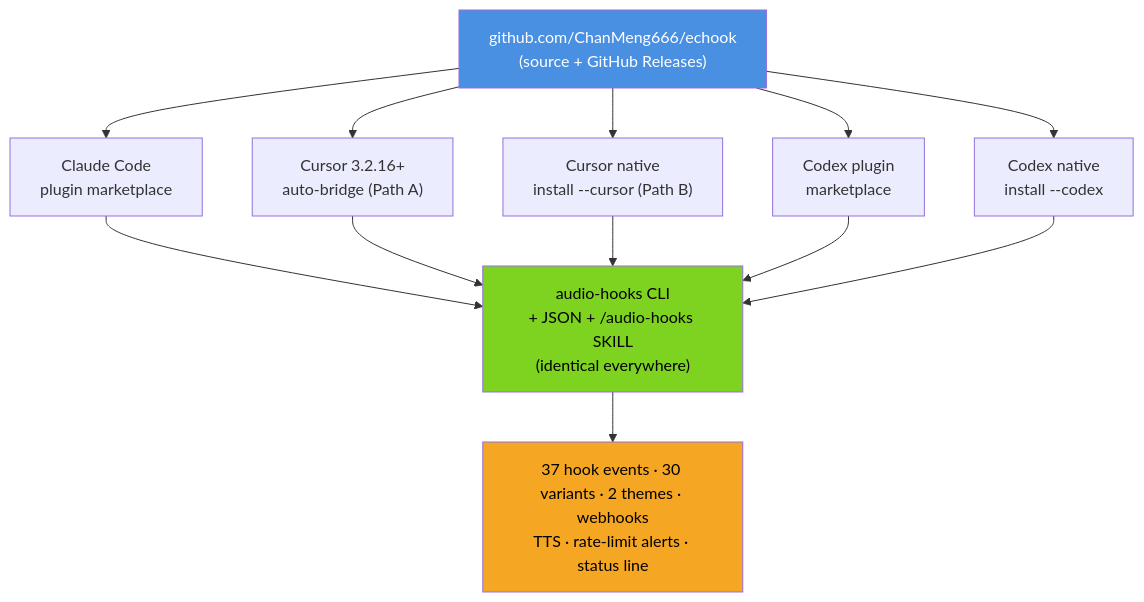
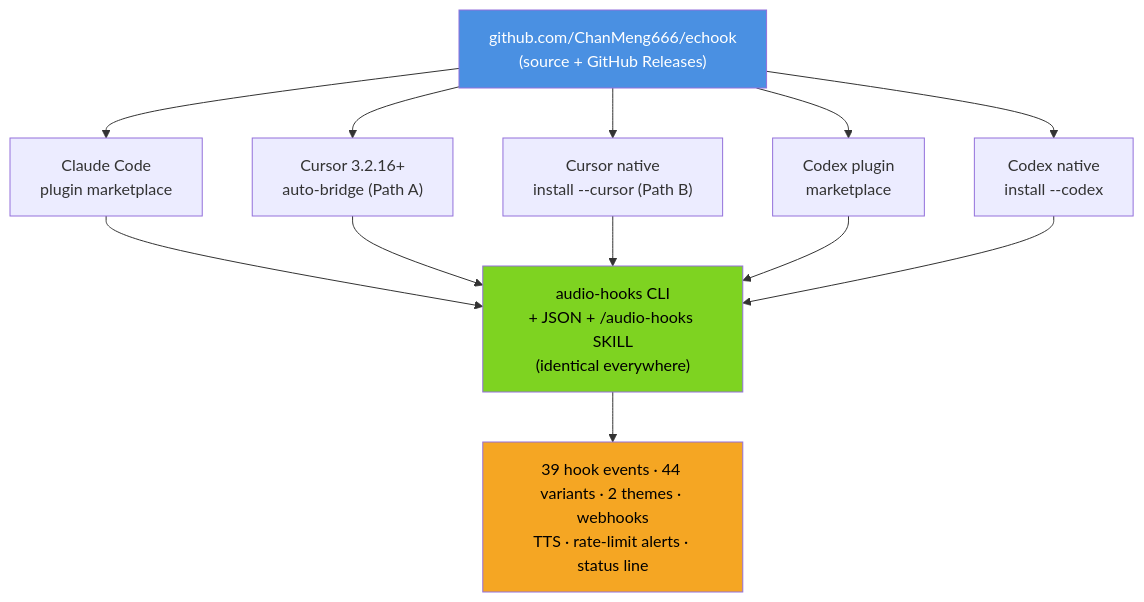
One commit to ChanMeng666/claude-code-audio-hooks changed the first of 3 diagrams in README.md. Above: the diagram before and after it, drawn with Mermaid. The commit also changed other lines of this file and 229 other files, not shown here.

````diff
--- a/README.md
+++ b/README.md
@@ -185,22 +189,22 @@
 ```mermaid
 flowchart TB
     REPO["github.com/ChanMeng666/echook<br/>(source + GitHub Releases)"]
 
     REPO --> CCP["Claude Code<br/>plugin marketplace"]
     REPO --> CURB["Cursor 3.2.16+<br/>auto-bridge (Path A)"]
     REPO --> CURN["Cursor native<br/>install --cursor (Path B)"]
     REPO --> CXP["Codex plugin<br/>marketplace"]
     REPO --> CXN["Codex native<br/>install --codex"]
 
     CCP --> CLI["audio-hooks CLI<br/>+ JSON + /audio-hooks SKILL<br/>(identical everywhere)"]
     CURB --> CLI
     CURN --> CLI
     CXP --> CLI
     CXN --> CLI
 
-    CLI --> OUT["37 hook events · 30 variants · 2 themes · webhooks<br/>TTS · rate-limit alerts · status line"]
+    CLI --> OUT["39 hook events · 44 variants · 2 themes · webhooks<br/>TTS · rate-limit alerts · status line"]
 
     style REPO fill:#4A90E2,color:#fff
     style CLI fill:#7ED321,color:#000
     style OUT fill:#F5A623,color:#000
 ```
````
